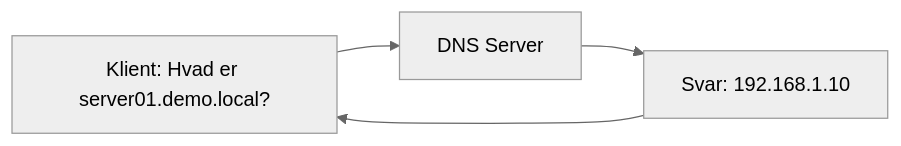
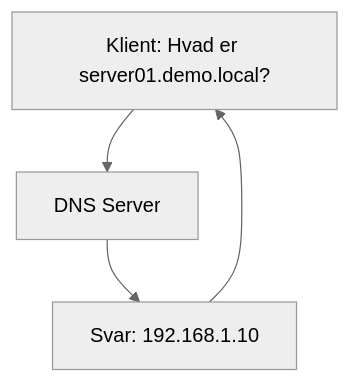
One commit to Mercantech/Monorepo changed the first of 3 diagrams in Obsidian/Infrastruktur/Active-Diretory/DNS og Active Directory.md. Above: the diagram before and after it, drawn with Mermaid (neutral theme). The commit also changed 4 other files, not shown here.

````diff
--- a/Obsidian/Infrastruktur/Active-Diretory/DNS og Active Directory.md
+++ b/Obsidian/Infrastruktur/Active-Diretory/DNS og Active Directory.md
@@ -10,6 +10,7 @@
 ```mermaid
-graph LR
-    A[Klient: Hvad er server01.demo.local?] --> B[DNS Server]
+graph TD
+    A[Klient: Hvad er server01.demo.local?] 
+    A --> B[DNS Server]
     B --> C[Svar: 192.168.1.10]
     C --> A
 ```
````
